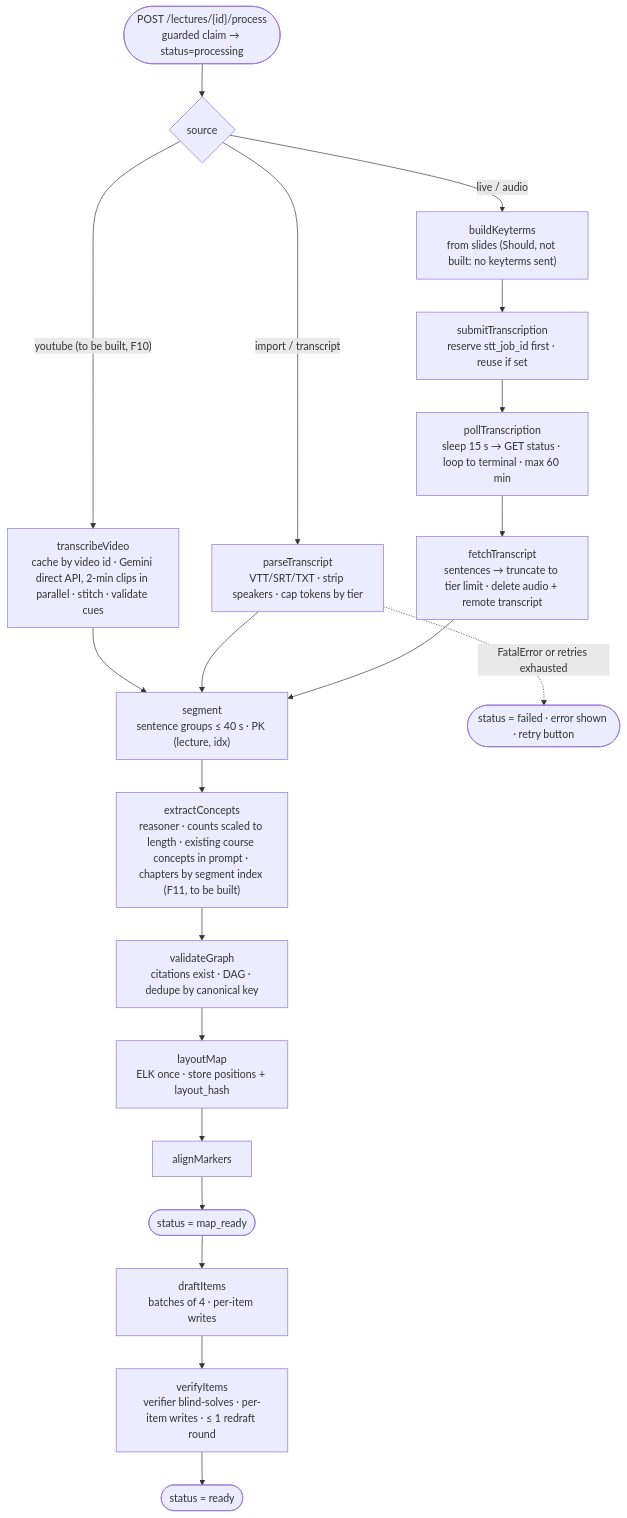
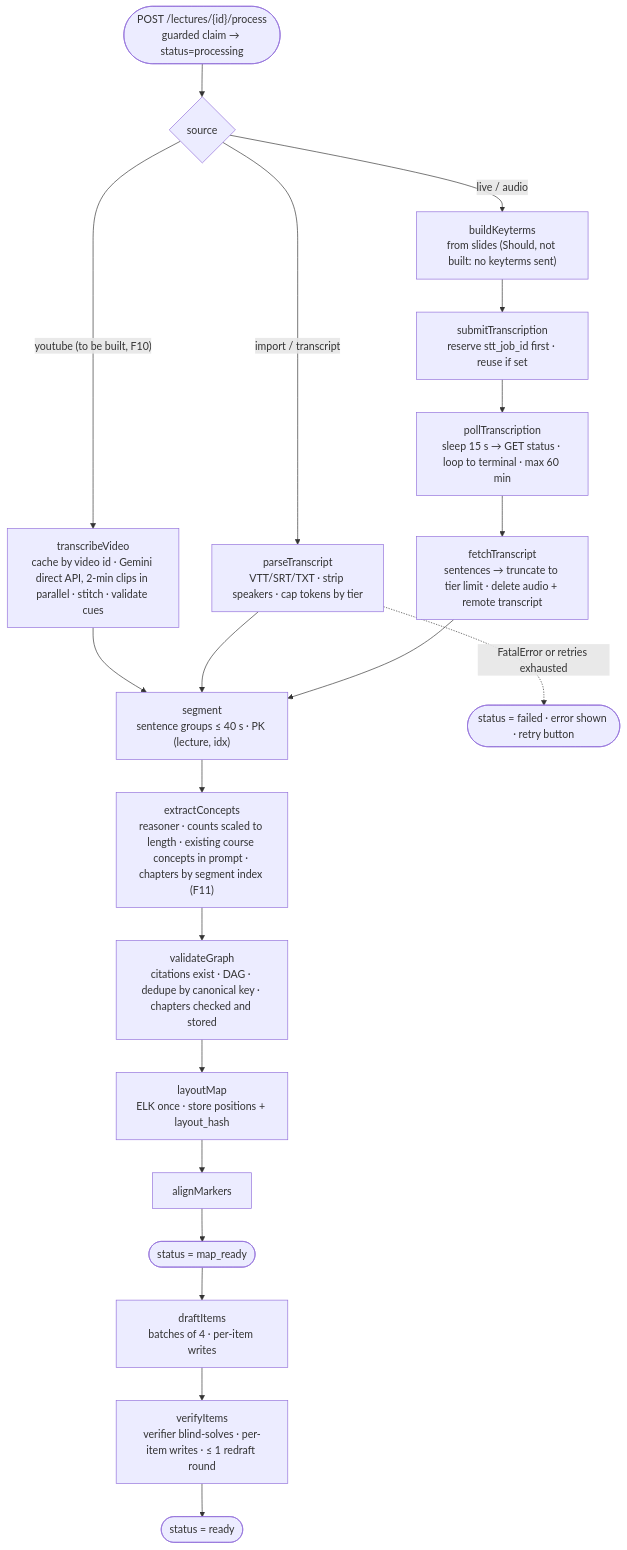
Before and after one commit to adamchok/Lectheo: the fourth of 6 diagrams in docs/Lectheo Architecture.md, drawn with Mermaid. The commit also changed other lines of this file and 92 other files, not shown here.

````diff
--- a/docs/Lectheo Architecture.md
+++ b/docs/Lectheo Architecture.md
@@ -201,22 +201,22 @@
 ```mermaid
 flowchart TD
     start(["POST /lectures/{id}/process<br/>guarded claim → status=processing"]) --> src{"source"}
     src -- "youtube (to be built, F10)" --> tv["transcribeVideo<br/>cache by video id · Gemini direct API, 2-min clips in parallel · stitch · validate cues"]
     tv --> seg
     src -- "import / transcript" --> pt["parseTranscript<br/>VTT/SRT/TXT · strip speakers · cap tokens by tier"]
     src -- "live / audio" --> kt["buildKeyterms<br/>from slides (Should, not built: no keyterms sent)"]
     kt --> sub["submitTranscription<br/>reserve stt_job_id first · reuse if set"]
     sub --> poll["pollTranscription<br/>sleep 15 s → GET status · loop to terminal · max 60 min"]
     poll --> fetch["fetchTranscript<br/>sentences → truncate to tier limit · delete audio + remote transcript"]
     pt --> seg["segment<br/>sentence groups ≤ 40 s · PK (lecture, idx)"]
     fetch --> seg
-    seg --> ex["extractConcepts<br/>reasoner · counts scaled to length · existing course concepts in prompt · chapters by segment index (F11, to be built)"]
-    ex --> vg["validateGraph<br/>citations exist · DAG · dedupe by canonical key"]
+    seg --> ex["extractConcepts<br/>reasoner · counts scaled to length · existing course concepts in prompt · chapters by segment index (F11)"]
+    ex --> vg["validateGraph<br/>citations exist · DAG · dedupe by canonical key · chapters checked and stored"]
     vg --> lay["layoutMap<br/>ELK once · store positions + layout_hash"]
     lay --> al["alignMarkers"]
     al --> mr(["status = map_ready"])
     mr --> dr["draftItems<br/>batches of 4 · per-item writes"]
     dr --> vf["verifyItems<br/>verifier blind-solves · per-item writes · ≤ 1 redraft round"]
     vf --> done(["status = ready"])
     pt -. "FatalError or retries exhausted" .-> fail(["status = failed · error shown · retry button"])
 ```
````
